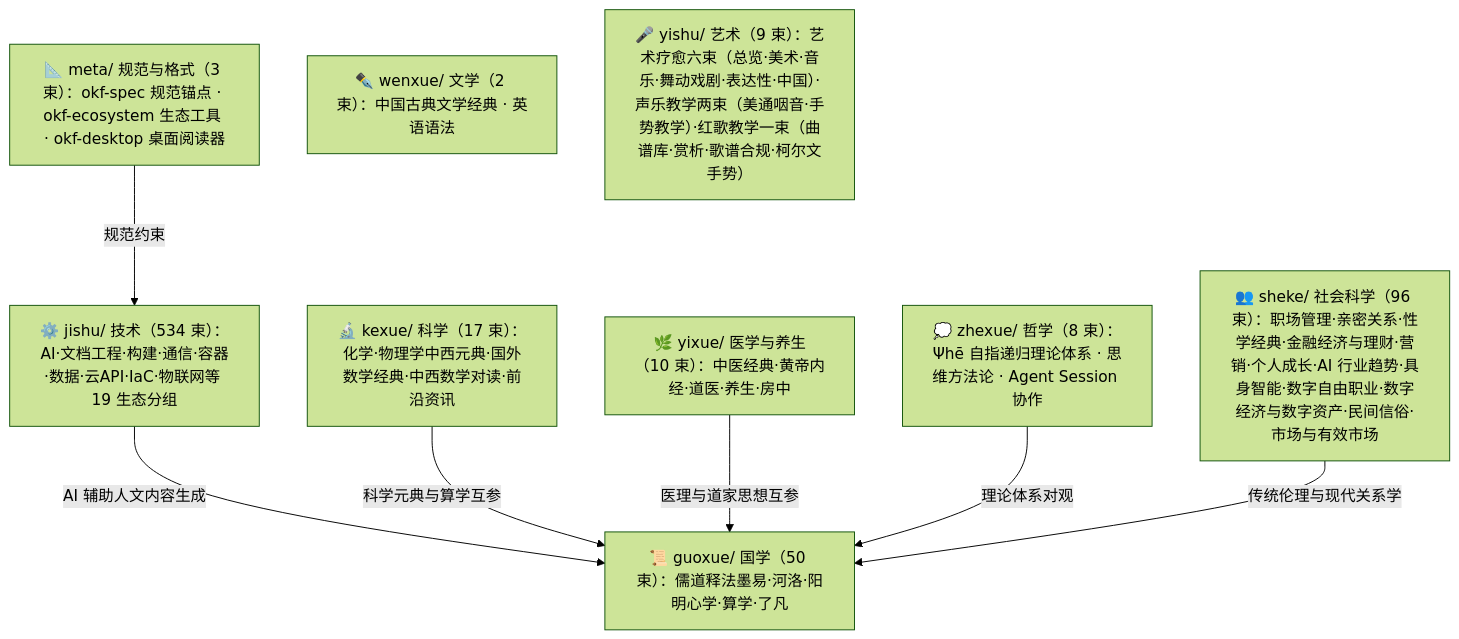
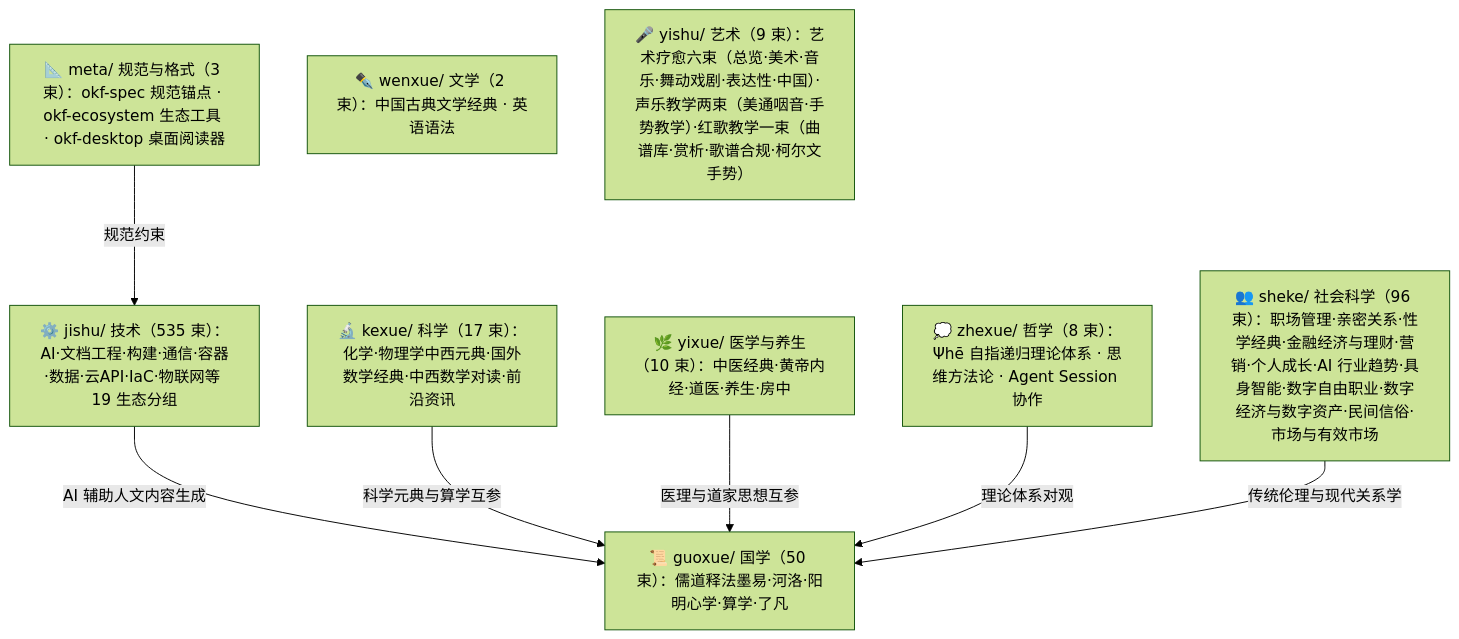
Before and after one commit to awesome-flexloop/awesome-okf: the diagram in doc/bundles/index.md, drawn with Mermaid (forest theme). The commit also changed other lines of this file and 24 other files, not shown here.

````diff
--- a/doc/bundles/index.md
+++ b/doc/bundles/index.md
@@ -21,18 +21,18 @@
 ```mermaid
 flowchart TD
     meta["📐 meta/ 规范与格式（3 束）：okf-spec 规范锚点 · okf-ecosystem 生态工具 · okf-desktop 桌面阅读器"]
     guoxue["📜 guoxue/ 国学（50 束）：儒道释法墨易·河洛·阳明心学·算学·了凡"]
     zhexue["💭 zhexue/ 哲学（8 束）：Ψhē 自指递归理论体系 · 思维方法论 · Agent Session 协作"]
     kexue["🔬 kexue/ 科学（17 束）：化学·物理学中西元典·国外数学经典·中西数学对读·前沿资讯"]
     wenxue["✒️ wenxue/ 文学（2 束）：中国古典文学经典 · 英语语法"]
     yixue["🌿 yixue/ 医学与养生（10 束）：中医经典·黄帝内经·道医·养生·房中"]
     sheke["👥 sheke/ 社会科学（96 束）：职场管理·亲密关系·性学经典·金融经济与理财·营销·个人成长·AI 行业趋势·具身智能·数字自由职业·数字经济与数字资产·民间信俗·市场与有效市场"]
     yishu["🎤 yishu/ 艺术（9 束）：艺术疗愈六束（总览·美术·音乐·舞动戏剧·表达性·中国）·声乐教学两束（美通咽音·手势教学）·红歌教学一束（曲谱库·赏析·歌谱合规·柯尔文手势）"]
-    jishu["⚙️ jishu/ 技术（534 束）：AI·文档工程·构建·通信·容器·数据·云API·IaC·物联网等 19 生态分组"]
+    jishu["⚙️ jishu/ 技术（535 束）：AI·文档工程·构建·通信·容器·数据·云API·IaC·物联网等 19 生态分组"]
     meta -->|"规范约束"| jishu
     jishu -->|"AI 辅助人文内容生成"| guoxue
     kexue -->|"科学元典与算学互参"| guoxue
     yixue -->|"医理与道家思想互参"| guoxue
     zhexue -->|"理论体系对观"| guoxue
     sheke -->|"传统伦理与现代关系学"| guoxue
 ```
````
